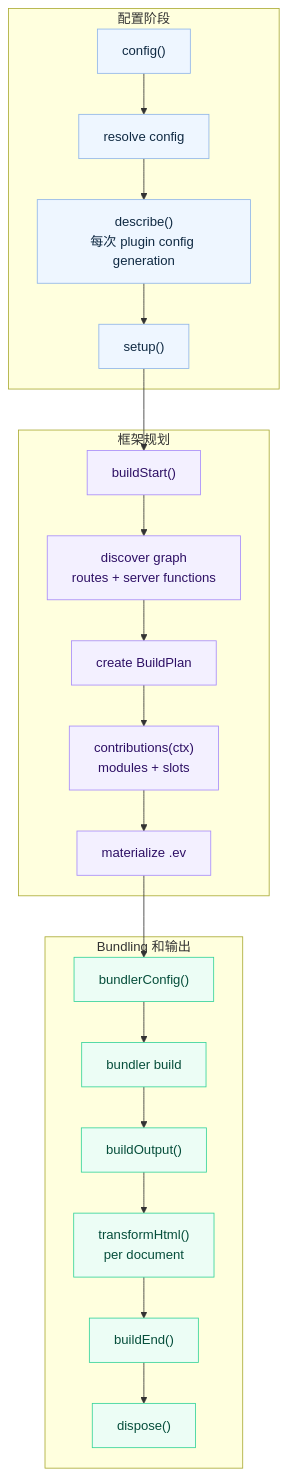
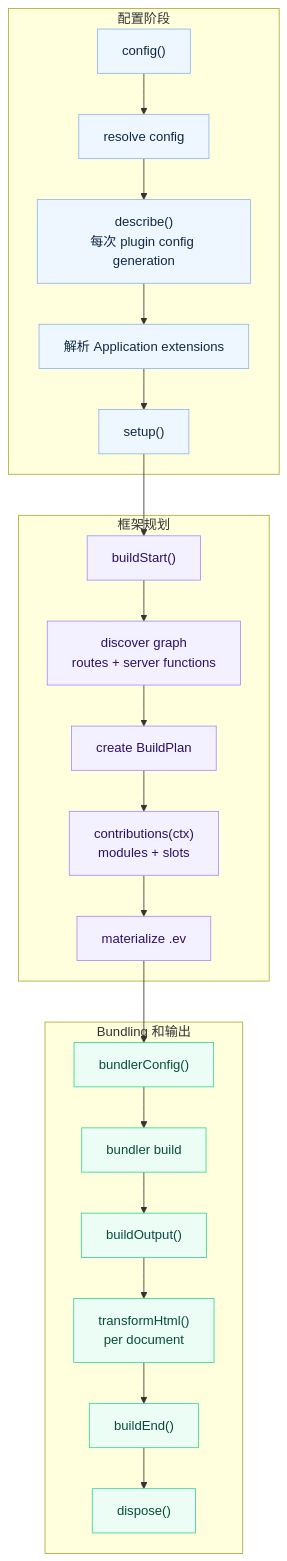
The diagram in docs/i18n/zh-Hans/docusaurus-plugin-content-docs/current/plugins.md (afx-team/evjs), drawn with Mermaid before and after one commit. The commit also changed other lines of this file and 129 other files, not shown here.

````diff
--- a/docs/i18n/zh-Hans/docusaurus-plugin-content-docs/current/plugins.md
+++ b/docs/i18n/zh-Hans/docusaurus-plugin-content-docs/current/plugins.md
@@ -199,37 +258,38 @@
 ```mermaid
 flowchart TB
   subgraph Configure["配置阶段"]
     Config["config()"]
     Resolve["resolve config"]
     Describe["describe()\n每次 plugin config generation"]
+    AppExtensions["解析 Application extensions"]
     Setup["setup()"]
   end
 
   subgraph Plan["框架规划"]
     BuildStart["buildStart()"]
     Graph["discover graph\nroutes + server functions"]
     BuildPlan["create BuildPlan"]
     Contributions["contributions(ctx)\nmodules + slots"]
     IR["materialize .ev"]
   end
 
   subgraph Build["Bundling 和输出"]
     BundlerConfig["bundlerConfig()"]
     Bundler["bundler build"]
     BuildOutput["buildOutput()"]
     HTML["transformHtml()\nper document"]
     BuildEnd["buildEnd()"]
     Dispose["dispose()"]
   end
 
-  Config --> Resolve --> Describe --> Setup --> BuildStart --> Graph --> BuildPlan
+  Config --> Resolve --> Describe --> AppExtensions --> Setup --> BuildStart --> Graph --> BuildPlan
   BuildPlan --> Contributions --> IR --> BundlerConfig --> Bundler
   Bundler --> BuildOutput --> HTML --> BuildEnd --> Dispose
 
   classDef config fill:#eef6ff,stroke:#8fb5e8,color:#102a43;
   classDef plan fill:#f3f0ff,stroke:#a78bfa,color:#2e1065;
   classDef build fill:#ecfdf5,stroke:#34d399,color:#064e3b;
-  class Config,Resolve,Describe,Setup config;
+  class Config,Resolve,Describe,AppExtensions,Setup config;
   class BuildStart,Graph,BuildPlan,Contributions,IR plan;
   class BundlerConfig,Bundler,BuildOutput,HTML,BuildEnd,Dispose build;
 ```
````
